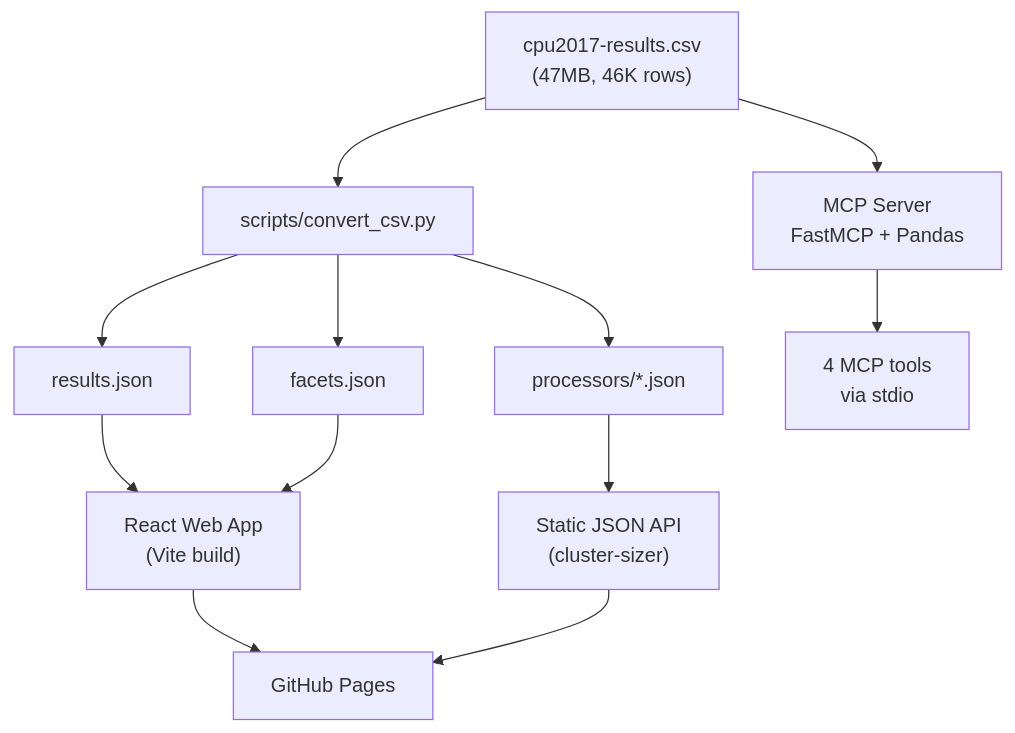
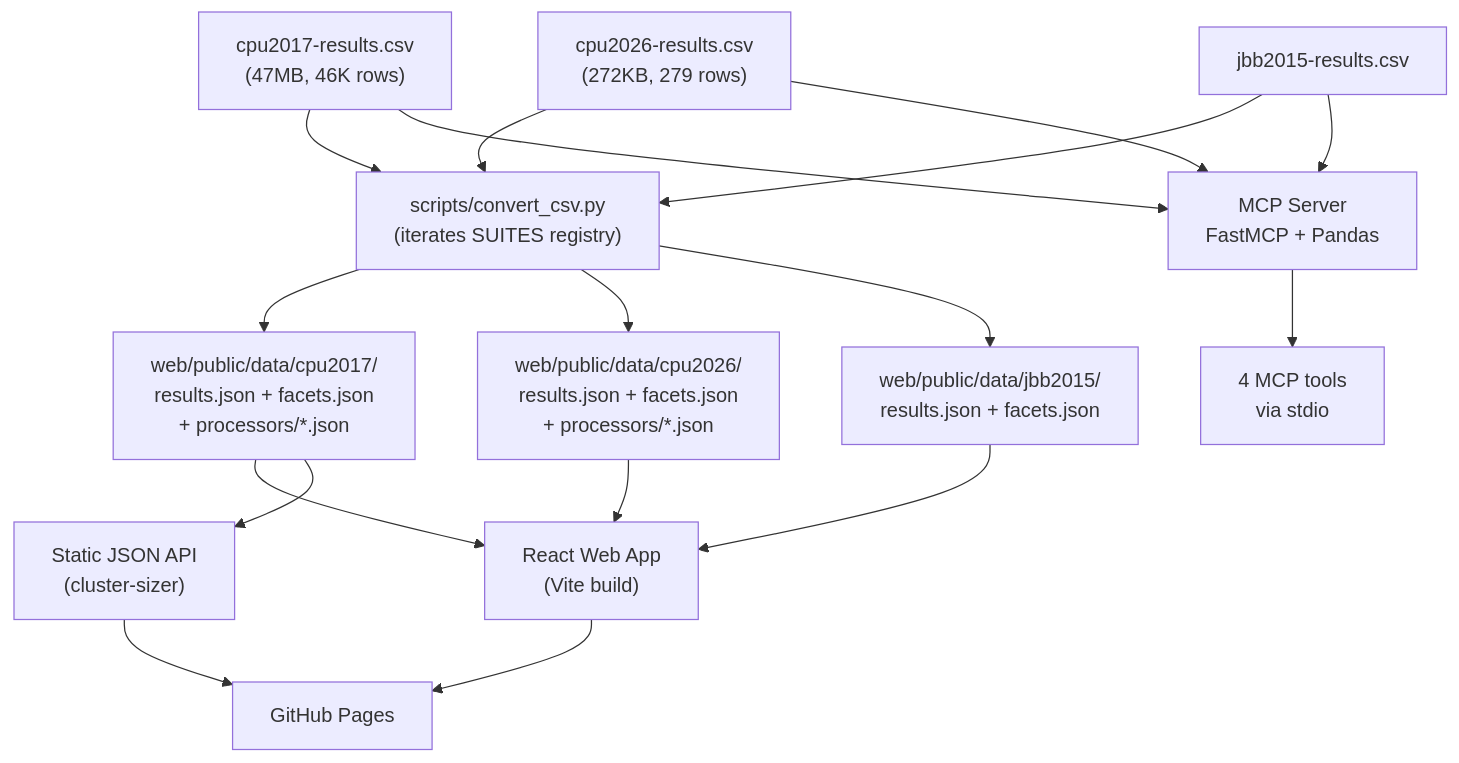
The diagram in docs/architecture.md (fjacquet/spec-search), drawn with Mermaid before and after one commit. The commit also changed other lines of this file and 20 other files, not shown here.

````diff
--- a/docs/architecture.md
+++ b/docs/architecture.md
@@ -7,20 +7,27 @@
 ```mermaid
 flowchart TD
-    CSV["cpu2017-results.csv\n(47MB, 46K rows)"]
+    CSV17["cpu2017-results.csv\n(47MB, 46K rows)"]
+    CSV26["cpu2026-results.csv\n(272KB, 279 rows)"]
+    CSVJBB["jbb2015-results.csv"]
 
-    CSV --> Pipeline["scripts/convert_csv.py"]
-    CSV --> MCP["MCP Server\nFastMCP + Pandas"]
+    CSV17 --> Pipeline["scripts/convert_csv.py\n(iterates SUITES registry)"]
+    CSV26 --> Pipeline
+    CSVJBB --> Pipeline
+    CSV17 --> MCP["MCP Server\nFastMCP + Pandas"]
+    CSV26 --> MCP
+    CSVJBB --> MCP
 
-    Pipeline --> results["results.json"]
-    Pipeline --> facets["facets.json"]
-    Pipeline --> processors["processors/*.json"]
+    Pipeline --> results17["web/public/data/cpu2017/\nresults.json + facets.json\n+ processors/*.json"]
+    Pipeline --> results26["web/public/data/cpu2026/\nresults.json + facets.json\n+ processors/*.json"]
+    Pipeline --> resultsjbb["web/public/data/jbb2015/\nresults.json + facets.json"]
 
-    results --> WebApp["React Web App\n(Vite build)"]
-    facets --> WebApp
-    processors --> API["Static JSON API\n(cluster-sizer)"]
+    results17 --> WebApp["React Web App\n(Vite build)"]
+    results26 --> WebApp
+    resultsjbb --> WebApp
+    results17 --> API["Static JSON API\n(cluster-sizer)"]
 
     WebApp --> GHPages["GitHub Pages"]
     API --> GHPages
 
     MCP --> Tools["4 MCP tools\nvia stdio"]
 ```
````
